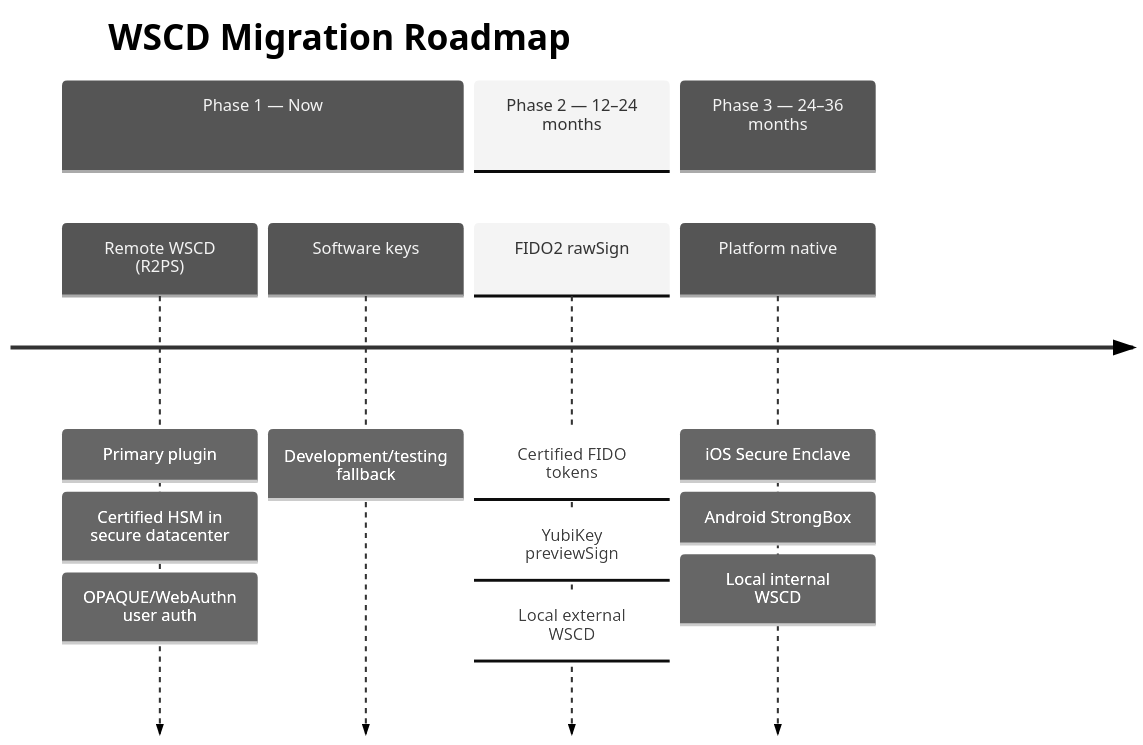
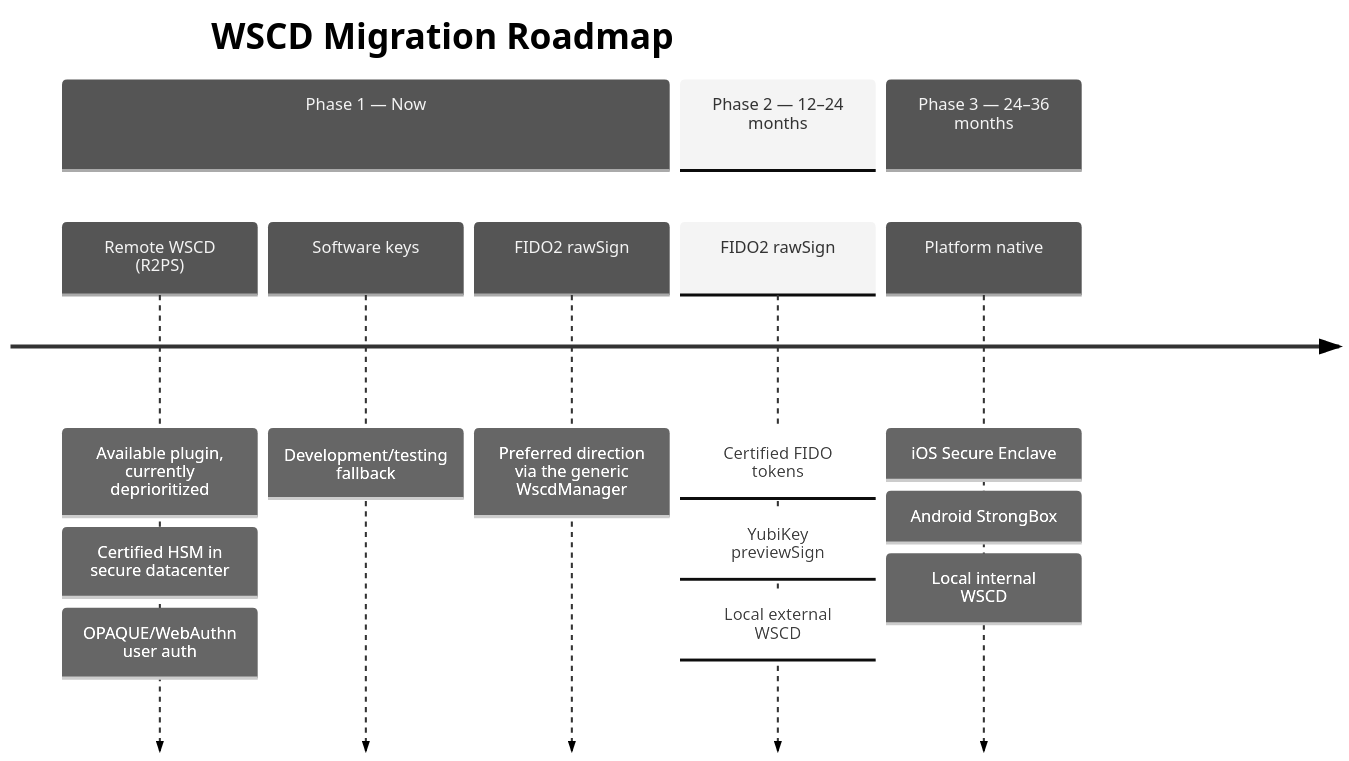
One commit to sirosfoundation/docs changed the sixth of 6 diagrams in docs/wallet/architecture/wsca-wscd.md. Above: the diagram before and after it, drawn with Mermaid (neutral theme). The commit also changed other lines of this file and 13 other files, not shown here.

````diff
--- a/docs/wallet/architecture/wsca-wscd.md
+++ b/docs/wallet/architecture/wsca-wscd.md
@@ -259,17 +259,18 @@
 ```mermaid
 timeline
     title WSCD Migration Roadmap
     section Phase 1 — Now
-        Remote WSCD (R2PS) : Primary plugin
+        Remote WSCD (R2PS) : Available plugin, currently deprioritized
         : Certified HSM in secure datacenter
         : OPAQUE/WebAuthn user auth
         Software keys : Development/testing fallback
+        FIDO2 rawSign : Preferred direction via the generic WscdManager
     section Phase 2 — 12–24 months
         FIDO2 rawSign : Certified FIDO tokens
         : YubiKey previewSign
         : Local external WSCD
     section Phase 3 — 24–36 months
         Platform native : iOS Secure Enclave
         : Android StrongBox
         : Local internal WSCD
 ```
````
